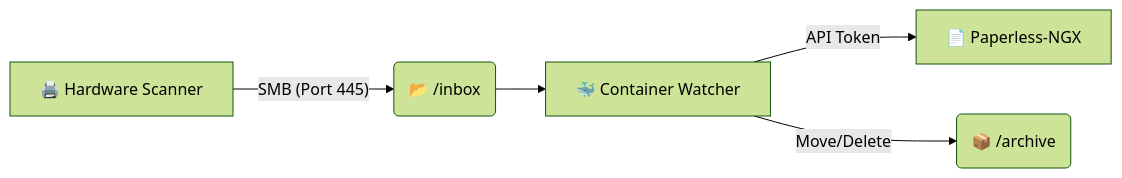
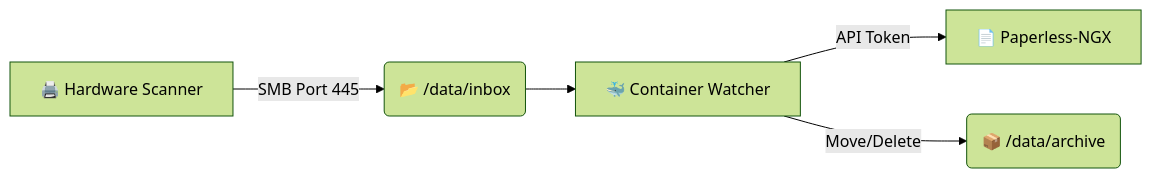
One commit to hensing/scan-to-paperless changed the first of 2 diagrams in README.md. Above: the diagram before and after it, drawn with Mermaid (forest theme). The commit also changed other lines of this file and 5 other files, not shown here.

````diff
--- a/README.md
+++ b/README.md
@@ -17,7 +21,7 @@
 ```mermaid
 graph LR
-    A[🖨️ Hardware Scanner] -- SMB (Port 445) --> B(📂 /inbox)
+    A[🖨️ Hardware Scanner] -- SMB Port 445 --> B(📂 /data/inbox)
     B --> C[🐳 Container Watcher]
     C -- API Token --> D[📄 Paperless-NGX]
-    C -- Move/Delete --> E(📦 /archive)
+    C -- Move/Delete --> E(📦 /data/archive)
 ```
````
